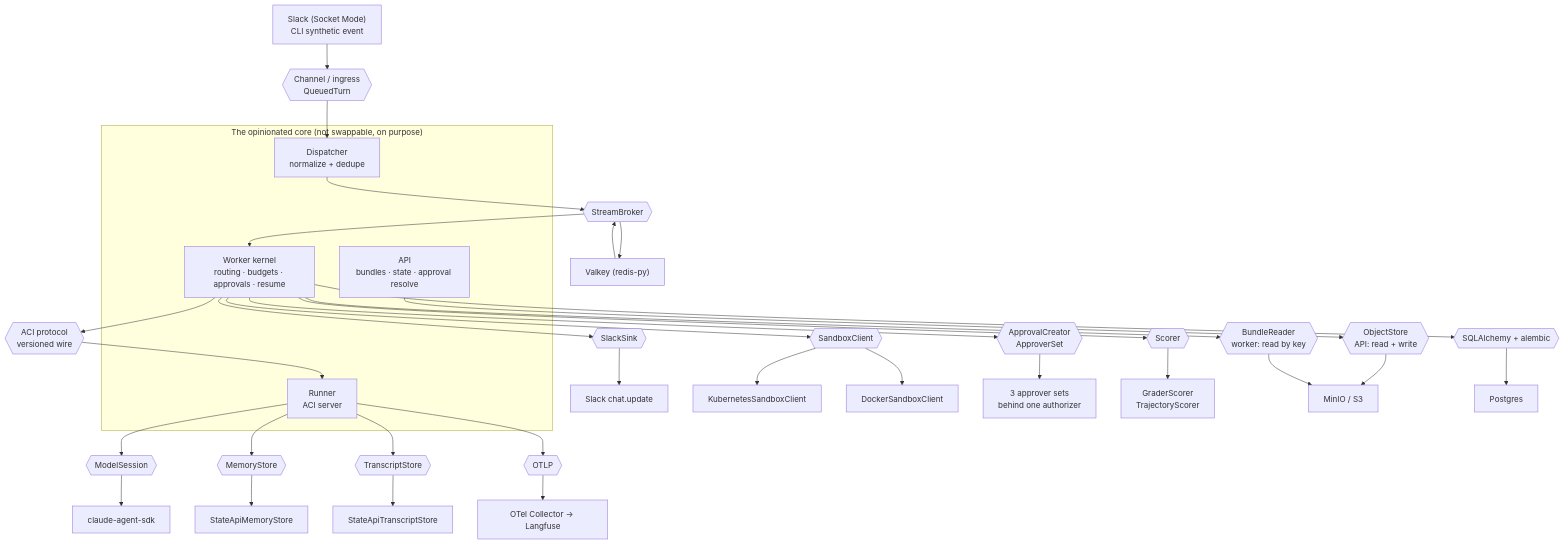
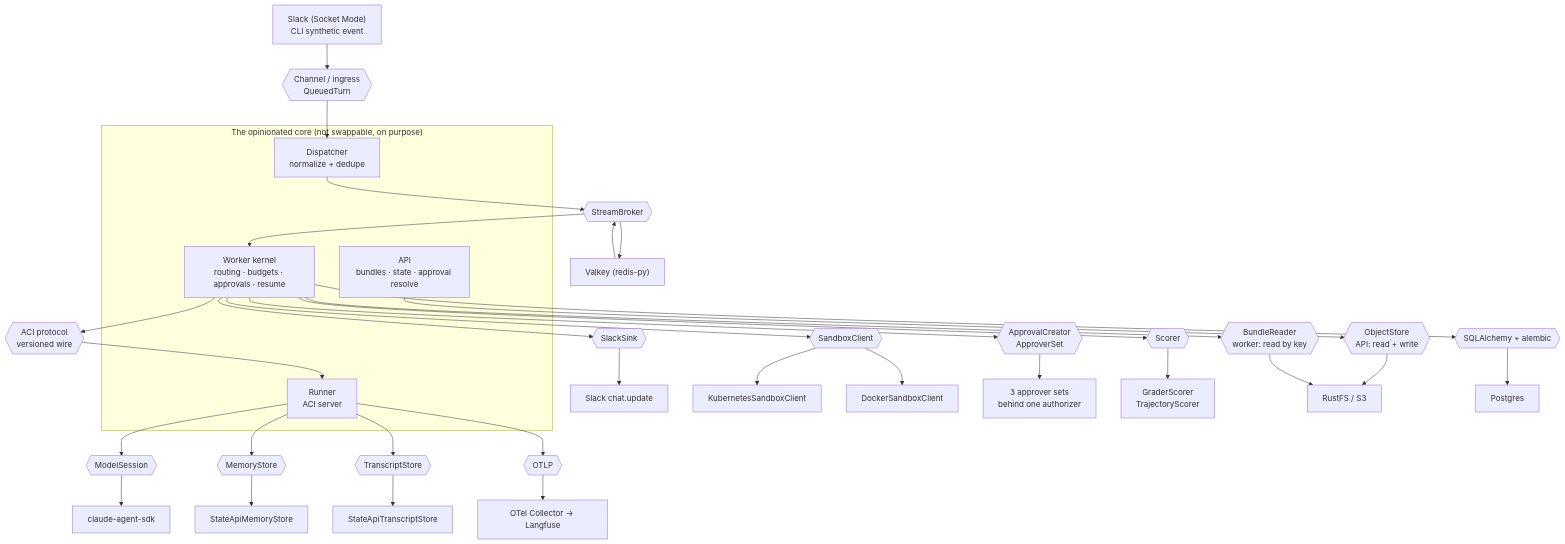
One commit to coinleftt/curie changed the diagram in docs/diagrams/seams.md. Above: the diagram before and after it, drawn with Mermaid. The commit also changed other lines of this file and 52 other files, not shown here.

First line of the commit message:
Replace MinIO with RustFS

````diff
--- a/docs/diagrams/seams.md
+++ b/docs/diagrams/seams.md
@@ -20,42 +20,42 @@
 ```mermaid
 flowchart TB
     subgraph core["The opinionated core (not swappable, on purpose)"]
         Disp["Dispatcher<br/>normalize + dedupe"]
         API["API<br/>bundles · state · approval resolve"]
         Worker["Worker kernel<br/>routing · budgets · approvals · resume"]
         Runner["Runner<br/>ACI server"]
     end
 
     InP{{"Channel / ingress<br/>QueuedTurn"}}
     OutP{{"SlackSink"}}
     QP{{"StreamBroker"}}
     SubP{{"SandboxClient"}}
     ACIP{{"ACI protocol<br/>versioned wire"}}
     MSP{{"ModelSession"}}
     ObjP{{"ObjectStore<br/>API: read + write"}}
     BundP{{"BundleReader<br/>worker: read by key"}}
     DBP{{"SQLAlchemy + alembic"}}
     ApprP{{"ApprovalCreator<br/>ApproverSet"}}
     MemP{{"MemoryStore"}}
     HistP{{"TranscriptStore"}}
     ScoreP{{"Scorer"}}
     OTelP{{"OTLP"}}
 
     Slack["Slack (Socket Mode)<br/>CLI synthetic event"] --> InP --> Disp
     Disp --> QP --> Valkey["Valkey (redis-py)"]
     Valkey --> QP --> Worker
     Worker --> OutP --> SlackOut["Slack chat.update"]
     Worker --> SubP
     SubP --> K8s["KubernetesSandboxClient"]
     SubP --> Dock["DockerSandboxClient"]
     Worker --> ACIP --> Runner
     Runner --> MSP --> SDK["claude-agent-sdk"]
     Runner --> MemP --> MemImpl["StateApiMemoryStore"]
     Runner --> HistP --> HistImpl["StateApiTranscriptStore"]
     Worker --> ApprP --> ApprImpl["3 approver sets<br/>behind one authorizer"]
     Worker --> ScoreP --> ScoreImpl["GraderScorer<br/>TrajectoryScorer"]
-    API --> ObjP --> MinIO["MinIO / S3"]
-    Worker --> BundP --> MinIO
+    API --> ObjP --> RustFS["RustFS / S3"]
+    Worker --> BundP --> RustFS
     Worker --> DBP --> PG["Postgres"]
     Runner --> OTelP --> Coll["OTel Collector -> Langfuse"]
 ```
````
